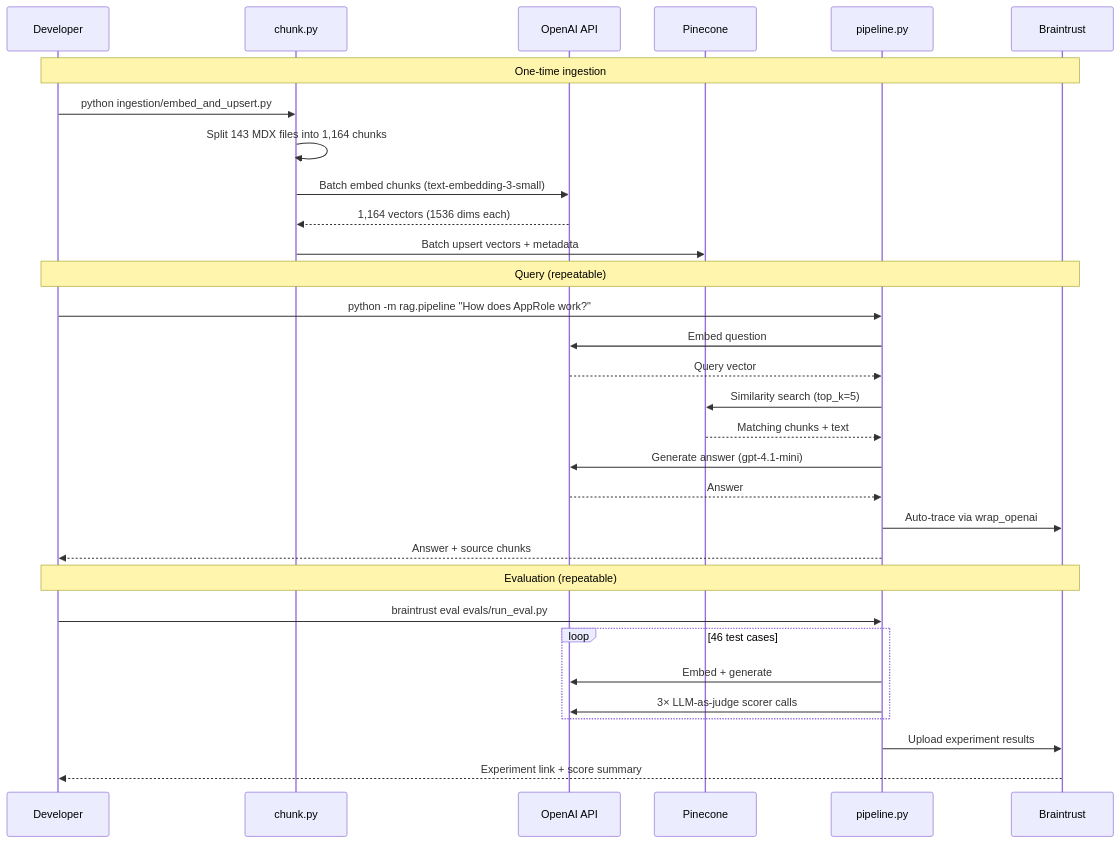
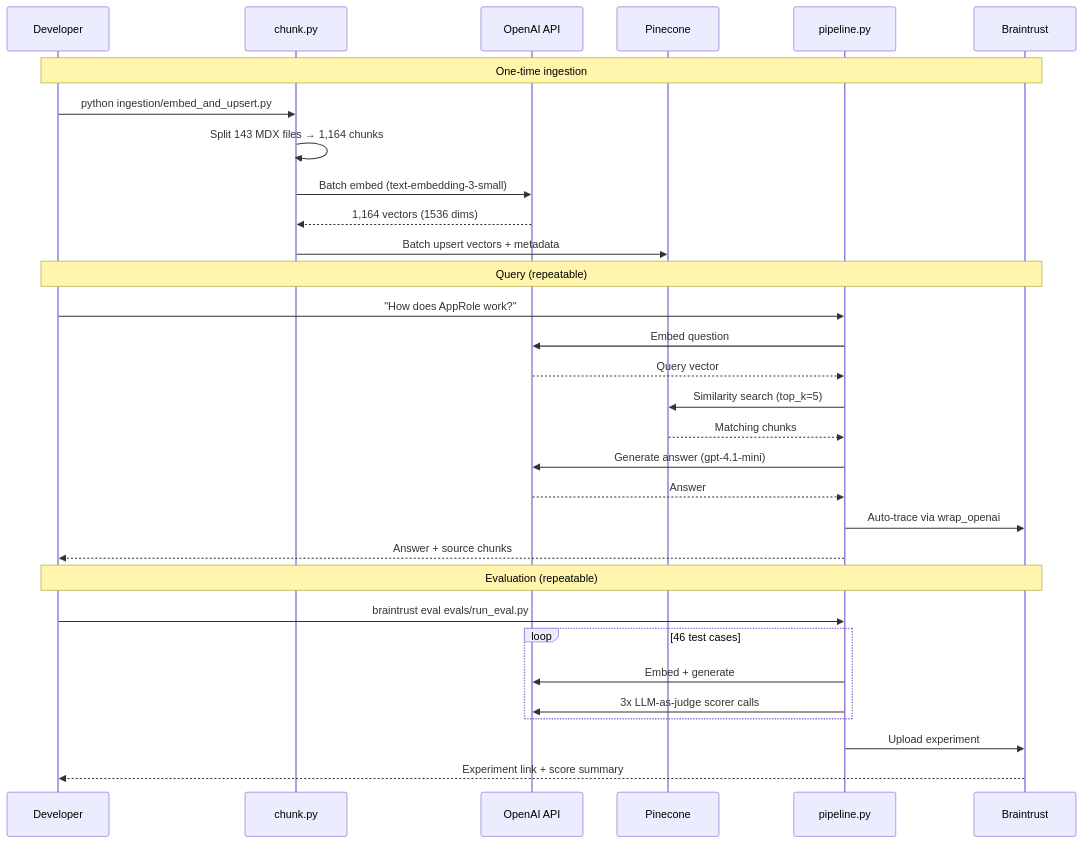
Before and after one commit to soldatchenko/braintrust-demo: the second of 3 diagrams in README.md, drawn with Mermaid. The commit also changed other lines of this file, not shown here.

First line of the commit message:
Improve README: cleaner architecture diagram, logical section order

````diff
--- a/README.md
+++ b/README.md
@@ -57,36 +74,36 @@
 ```mermaid
 sequenceDiagram
     participant Dev as Developer
     participant Chunker as chunk.py
     participant OpenAI as OpenAI API
     participant Pinecone as Pinecone
     participant Pipeline as pipeline.py
     participant BT as Braintrust
 
     Note over Dev,BT: One-time ingestion
     Dev->>Chunker: python ingestion/embed_and_upsert.py
-    Chunker->>Chunker: Split 143 MDX files into 1,164 chunks
-    Chunker->>OpenAI: Batch embed chunks (text-embedding-3-small)
-    OpenAI-->>Chunker: 1,164 vectors (1536 dims each)
+    Chunker->>Chunker: Split 143 MDX files → 1,164 chunks
+    Chunker->>OpenAI: Batch embed (text-embedding-3-small)
+    OpenAI-->>Chunker: 1,164 vectors (1536 dims)
     Chunker->>Pinecone: Batch upsert vectors + metadata
 
     Note over Dev,BT: Query (repeatable)
-    Dev->>Pipeline: python -m rag.pipeline "How does AppRole work?"
+    Dev->>Pipeline: "How does AppRole work?"
     Pipeline->>OpenAI: Embed question
     OpenAI-->>Pipeline: Query vector
     Pipeline->>Pinecone: Similarity search (top_k=5)
-    Pinecone-->>Pipeline: Matching chunks + text
+    Pinecone-->>Pipeline: Matching chunks
     Pipeline->>OpenAI: Generate answer (gpt-4.1-mini)
     OpenAI-->>Pipeline: Answer
     Pipeline->>BT: Auto-trace via wrap_openai
     Pipeline-->>Dev: Answer + source chunks
 
     Note over Dev,BT: Evaluation (repeatable)
     Dev->>Pipeline: braintrust eval evals/run_eval.py
     loop 46 test cases
         Pipeline->>OpenAI: Embed + generate
-        Pipeline->>OpenAI: 3× LLM-as-judge scorer calls
+        Pipeline->>OpenAI: 3x LLM-as-judge scorer calls
     end
-    Pipeline->>BT: Upload experiment results
+    Pipeline->>BT: Upload experiment
     BT-->>Dev: Experiment link + score summary
 ```
````
